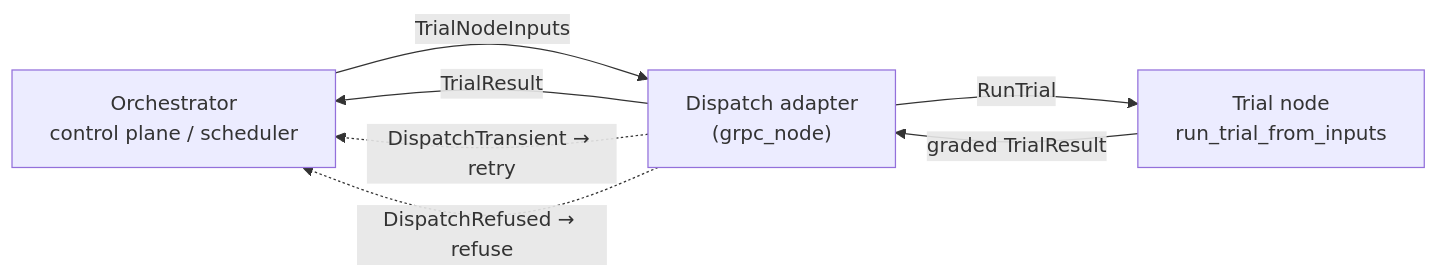
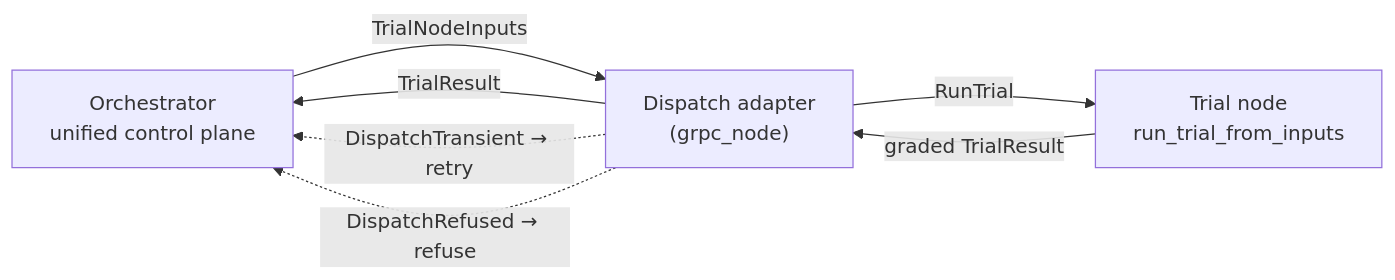
One commit to Toloka/tolokaforge changed the diagram in docs/DETACHED_EXECUTION.md. Above: the diagram before and after it, drawn with Mermaid. The commit also changed other lines of this file, not shown here.

Commit message:
docs: frame the orchestrator as the unified control plane in DETACHED_EXECUTION
Reword the mental-model line and the diagram node from 'lean scheduler' to the
unified control plane — the single interface to operate the system.

````diff
--- a/docs/DETACHED_EXECUTION.md
+++ b/docs/DETACHED_EXECUTION.md
@@ -121,13 +121,13 @@
 ```mermaid
 flowchart LR
-    Orch["Orchestrator<br/>control plane / scheduler"]
+    Orch["Orchestrator<br/>unified control plane"]
     Adapter["Dispatch adapter<br/>(grpc_node)"]
     Node["Trial node<br/>run_trial_from_inputs"]
 
     Orch -->|"TrialNodeInputs"| Adapter
     Adapter -->|"RunTrial"| Node
     Node -->|"graded TrialResult"| Adapter
     Adapter -->|"TrialResult"| Orch
     Adapter -.->|"DispatchTransient → retry"| Orch
     Adapter -.->|"DispatchRefused → refuse"| Orch
 ```
````
